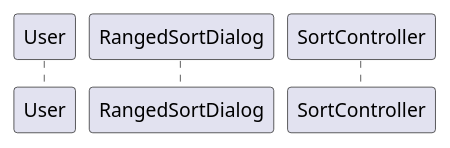
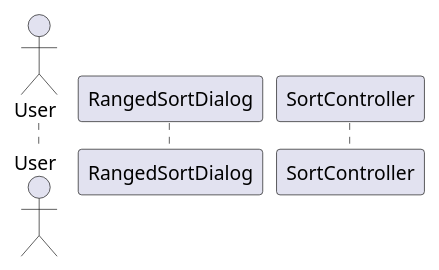
Before and after one commit to RubenTeixeira/cleansheets_isep_2dg_2016: the diagram in src/main/java/csheets/worklog/n1140611/sprint4/core03.3_analysis.puml, drawn with PlantUML. The commit also changed other lines of this file and 9 other files, not shown here.

```diff
--- a/src/main/java/csheets/worklog/n1140611/sprint4/core03.3_analysis.puml
+++ b/src/main/java/csheets/worklog/n1140611/sprint4/core03.3_analysis.puml
@@ -1,7 +1,8 @@
 @startuml doc-files/core03.3_analysis.png
-participant "User" as User
+
+actor User
 participant "RangedSortDialog" as UI
 participant "SortController" as Controller
 
 
 @enduml
```
